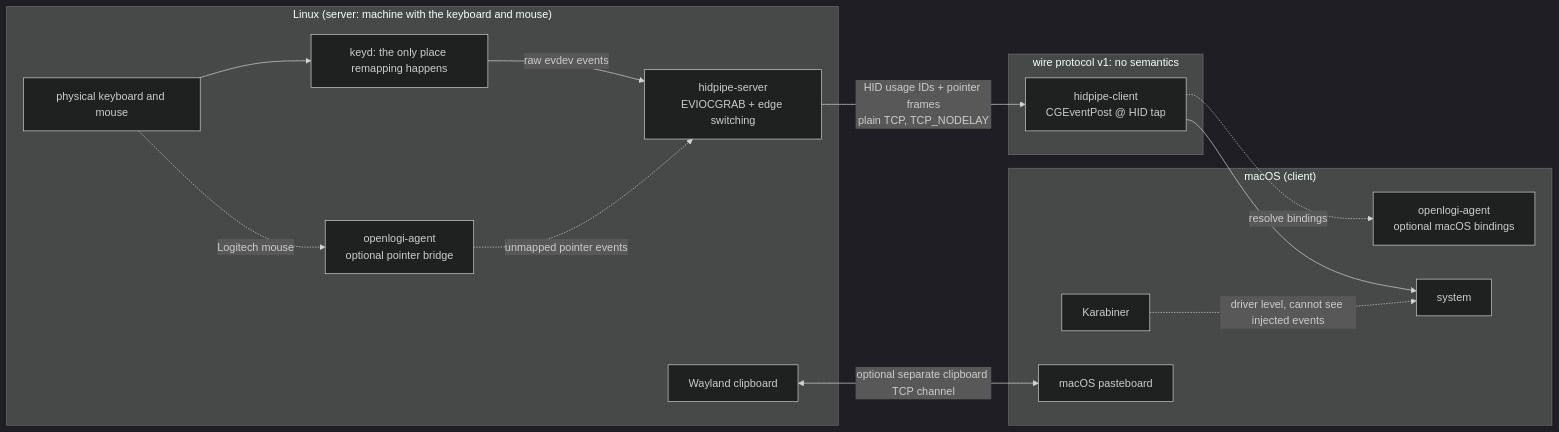
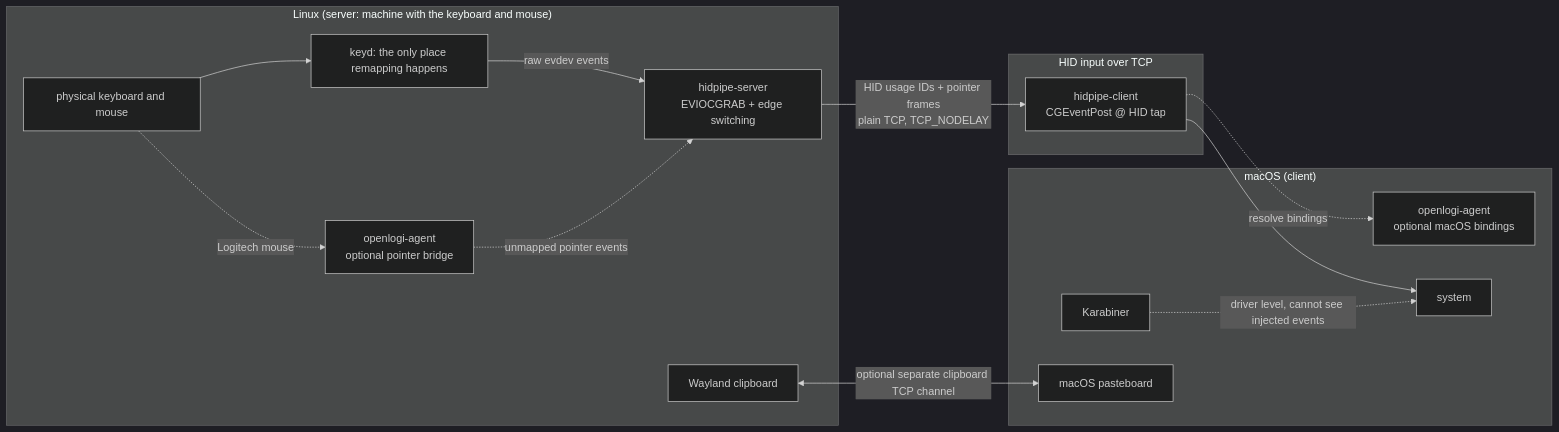
One commit to woxQAQ/hidpipe changed the first of 2 diagrams in README.md. Above: the diagram before and after it, drawn with Mermaid (dark theme). The commit also changed other lines of this file and 22 other files, not shown here.

````diff
--- a/README.md
+++ b/README.md
@@ -18,20 +18,20 @@
 ```mermaid
 flowchart LR
     subgraph Linux["Linux (server: machine with the keyboard and mouse)"]
         K[physical keyboard and mouse] --> KD[keyd: the only place remapping happens]
         KD -->|raw evdev events| S[hidpipe-server<br/>EVIOCGRAB + edge switching]
         K -.->|Logitech mouse| OL_L[openlogi-agent<br/>optional pointer bridge]
         OL_L -.->|unmapped pointer events| S
         LCB[Wayland clipboard]
     end
-    subgraph Wire["wire protocol v1: no semantics"]
+    subgraph Wire["HID input over TCP"]
         S -->|"HID usage IDs + pointer frames<br/>plain TCP, TCP_NODELAY"| C
     end
     subgraph macOS["macOS (client)"]
         C[hidpipe-client<br/>CGEventPost @ HID tap] -.->|resolve bindings| OL_M[openlogi-agent<br/>optional macOS bindings]
         C --> SYS[system]
         KB[Karabiner] -.->|driver level, cannot see injected events| SYS
         MCB[macOS pasteboard]
     end
     LCB <-->|optional separate clipboard TCP channel| MCB
 ```
````
